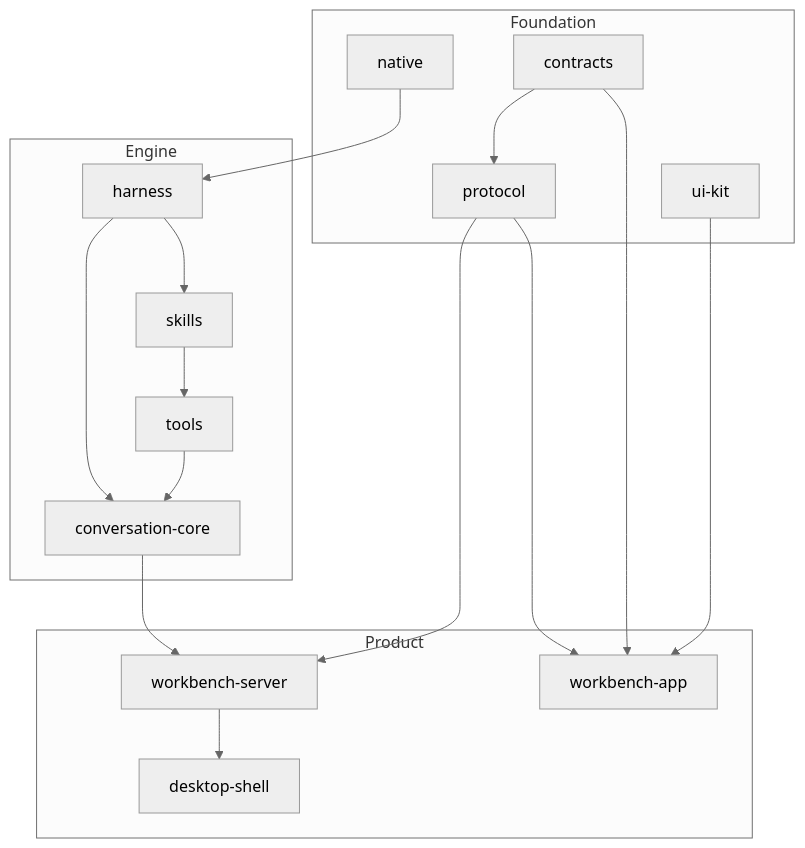
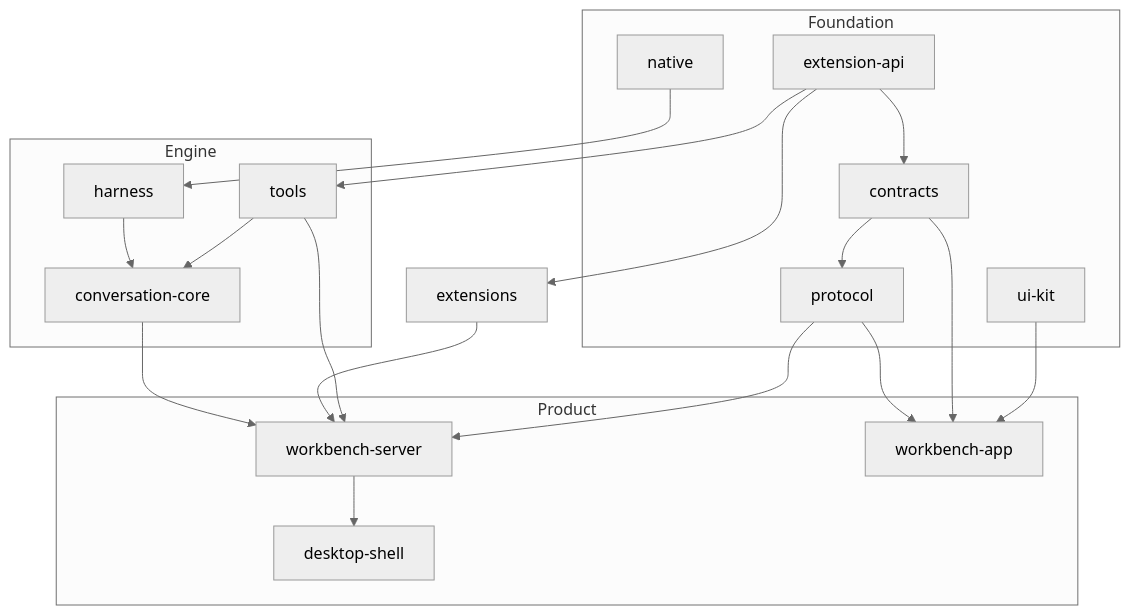
The diagram in docs/architecture/codebase.md (ThilinaTLM/nerve), drawn with Mermaid (neutral theme) before and after one commit. The commit also changed other lines of this file and 728 other files, not shown here.

First line of the commit message:
Extensions: quick_script namespaces, extension platform and scoped extension settings (#577)

````diff
--- a/docs/architecture/codebase.md
+++ b/docs/architecture/codebase.md
@@ -5,26 +5,30 @@
 ```mermaid
 flowchart TB
   subgraph Foundation
+    extension-api
     contracts
     protocol
     native
     ui-kit
   end
   subgraph Engine
-    harness --> skills
-    skills --> tools
     harness --> conversation-core
     tools --> conversation-core
   end
   subgraph Product
     workbench-server --> desktop-shell
     workbench-app
   end
+  extension-api --> contracts
+  extension-api --> tools
+  extension-api --> extensions
   contracts --> protocol
   native --> harness
   conversation-core --> workbench-server
+  extensions --> workbench-server
+  tools --> workbench-server
   protocol --> workbench-server
   protocol --> workbench-app
   contracts --> workbench-app
   ui-kit --> workbench-app
 ```
````
